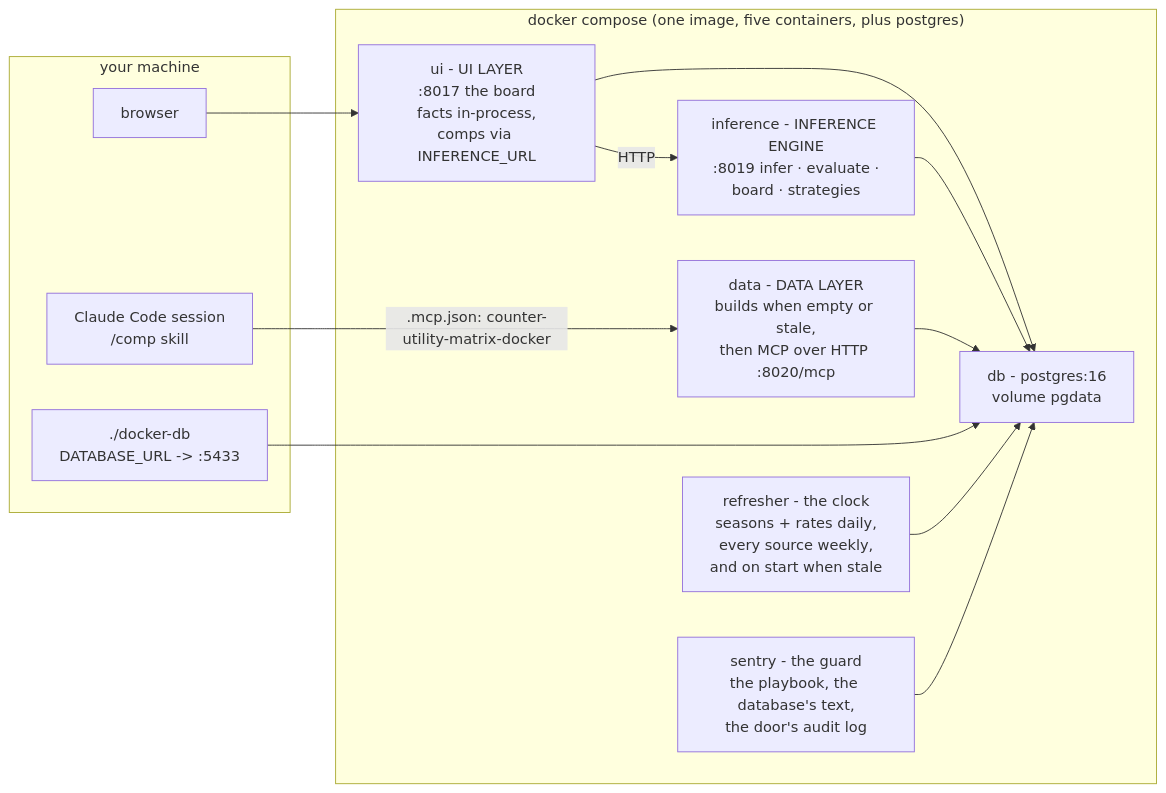
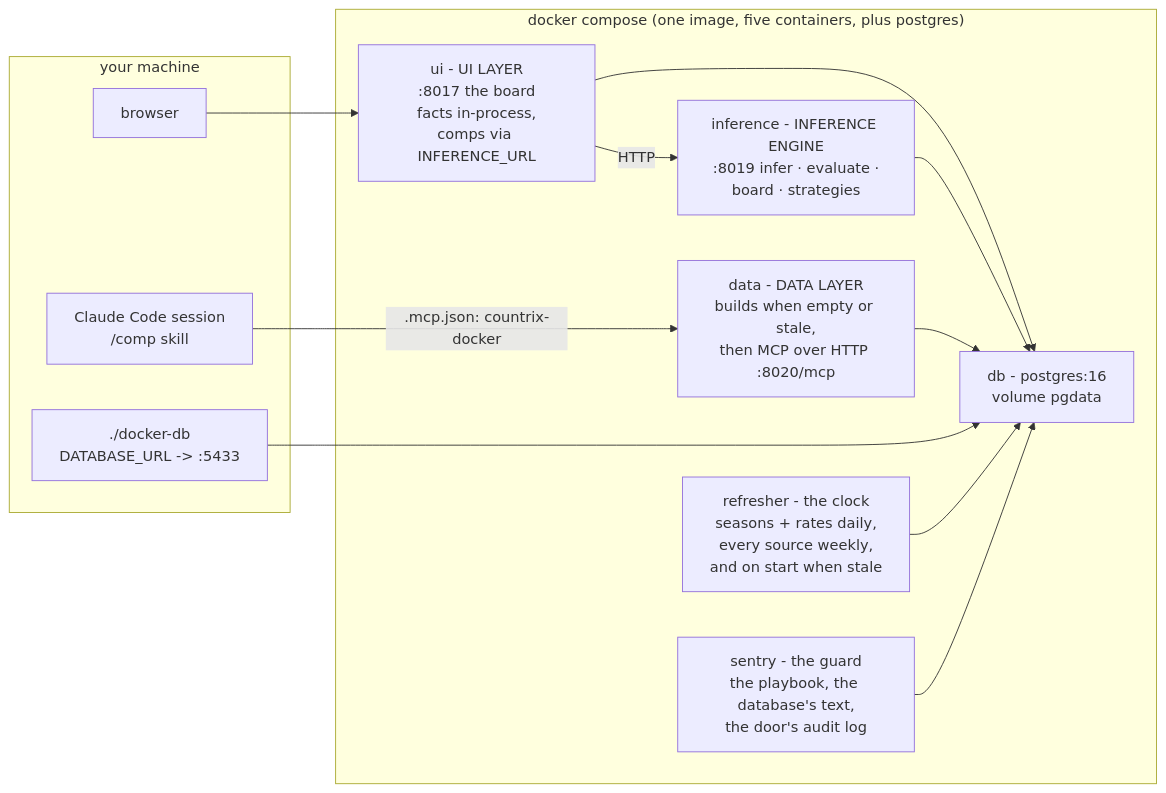
One commit to mmikol/counter-utility-matrix changed the second of 2 diagrams in docs/architecture.md. Above: the diagram before and after it, drawn with Mermaid. The commit also changed other lines of this file and 44 other files, not shown here.

````diff
--- a/docs/architecture.md
+++ b/docs/architecture.md
@@ -123,25 +123,25 @@
 ```mermaid
 flowchart LR
     subgraph HOST["your machine"]
         SESSION["Claude Code session<br/>/comp skill"]
         BROWSER["browser"]
         SHELL["./docker-db<br/>DATABASE_URL -> :5433"]
     end
     subgraph DOCKER["docker compose (one image, five containers, plus postgres)"]
         DATA["data - DATA LAYER<br/>builds when empty or stale,<br/>then MCP over HTTP :8020/mcp"]
         INF["inference - INFERENCE ENGINE<br/>:8019 infer · evaluate ·<br/>board · strategies"]
         UI["ui - UI LAYER<br/>:8017 the board<br/>facts in-process,<br/>comps via INFERENCE_URL"]
         DBC["db - postgres:16<br/>volume pgdata"]
         REF["refresher - the clock<br/>seasons + rates daily,<br/>every source weekly,<br/>and on start when stale"]
         SEN["sentry - the guard<br/>the playbook, the database's text,<br/>the door's audit log"]
     end
-    SESSION -->|".mcp.json: counter-utility-matrix-docker"| DATA
+    SESSION -->|".mcp.json: countrix-docker"| DATA
     BROWSER --> UI
     UI -->|"HTTP"| INF
     UI --> DBC
     INF --> DBC
     DATA --> DBC
     SHELL --> DBC
     REF --> DBC
     SEN --> DBC
 ```
````
